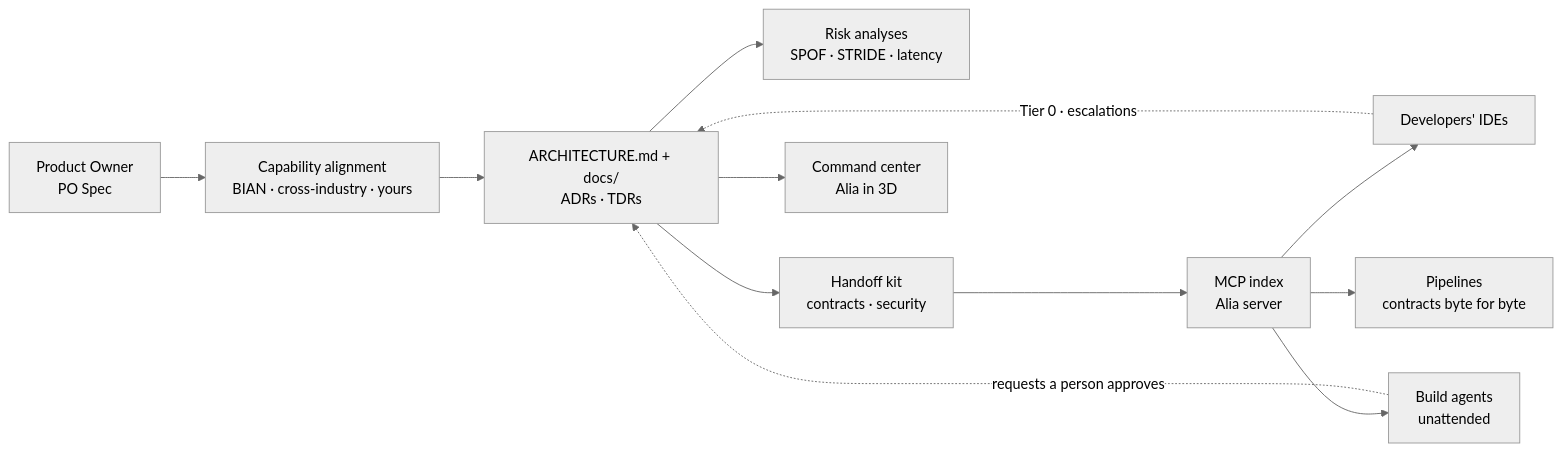
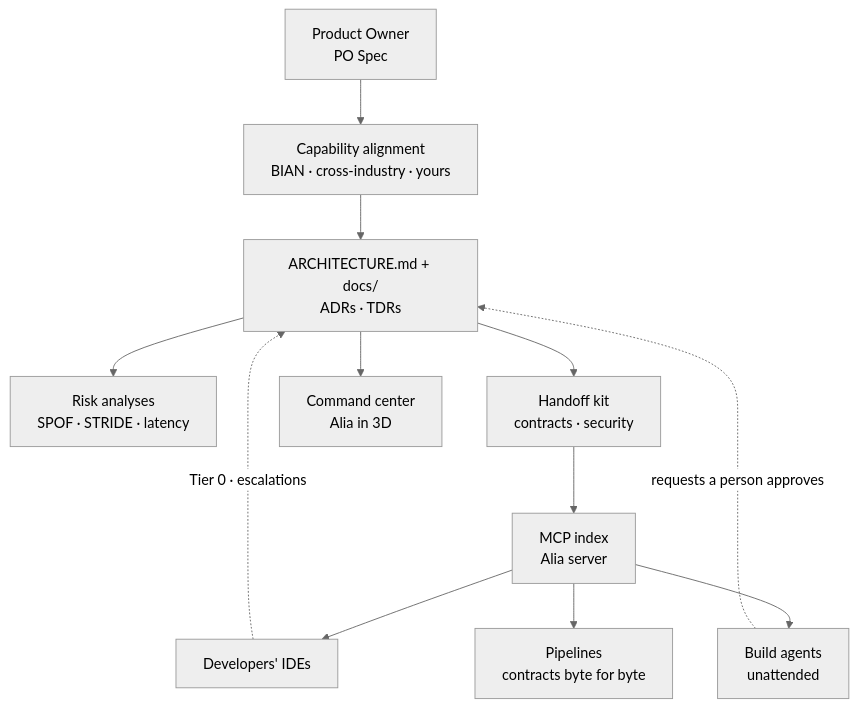
The diagram in README.md (shadowX4fox/solutions-architect-skills), drawn with Mermaid (neutral theme) before and after one commit. The commit also changed other lines of this file and 10 other files, not shown here.

````diff
--- a/README.md
+++ b/README.md
@@ -70,14 +90,14 @@
 ```mermaid
-flowchart LR
+flowchart TB
   PO["Product Owner<br/>PO Spec"] --> CAP["Capability alignment<br/>BIAN · cross-industry · yours"]
   CAP --> ARCH["ARCHITECTURE.md + docs/<br/>ADRs · TDRs"]
   ARCH --> ANA["Risk analyses<br/>SPOF · STRIDE · latency"]
   ARCH --> KIT["Handoff kit<br/>contracts · security"]
   ARCH --> CC["Command center<br/>Alia in 3D"]
   KIT --> IDX["MCP index<br/>Alia server"]
   IDX --> IDE["Developers' IDEs"]
   IDX --> AGT["Build agents<br/>unattended"]
   IDX --> PIPE["Pipelines<br/>contracts byte for byte"]
   IDE -. "Tier 0 · escalations" .-> ARCH
   AGT -. "requests a person approves" .-> ARCH
 ```
````
